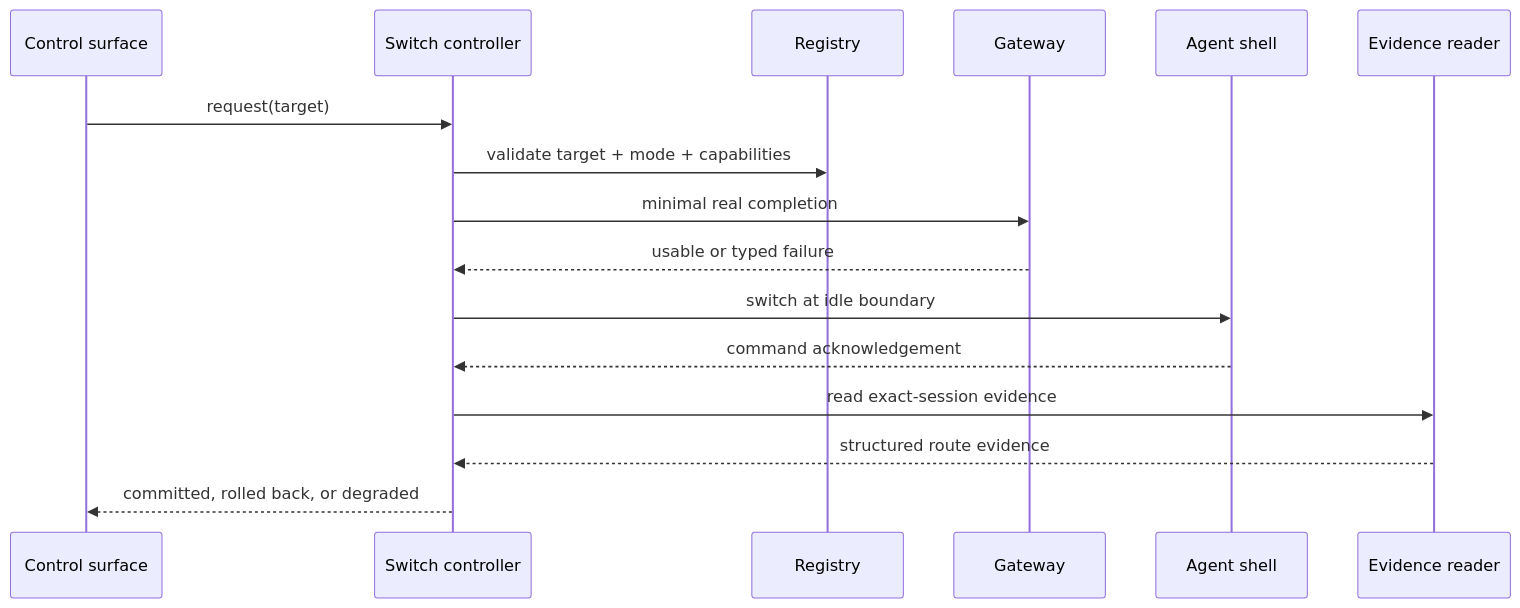
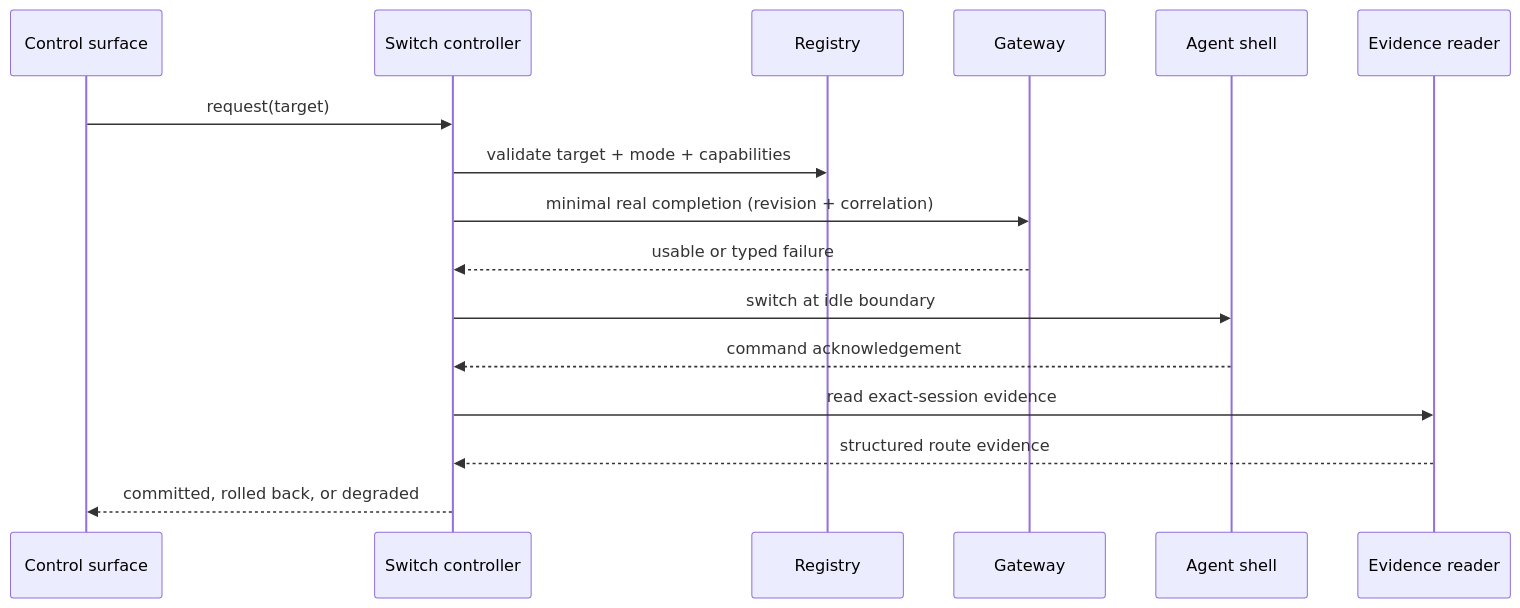
Before and after one commit to korexil/same-session-model-switching: the diagram in docs/architecture.md, drawn with Mermaid. The commit also changed other lines of this file and 16 other files, not shown here.

````diff
--- a/docs/architecture.md
+++ b/docs/architecture.md
@@ -27,19 +27,19 @@
 ```mermaid
 sequenceDiagram
     participant UI as Control surface
     participant SC as Switch controller
     participant RG as Registry
     participant GW as Gateway
     participant SH as Agent shell
     participant EV as Evidence reader
 
     UI->>SC: request(target)
     SC->>RG: validate target + mode + capabilities
-    SC->>GW: minimal real completion
+    SC->>GW: minimal real completion (revision + correlation)
     GW-->>SC: usable or typed failure
     SC->>SH: switch at idle boundary
     SH-->>SC: command acknowledgement
     SC->>EV: read exact-session evidence
     EV-->>SC: structured route evidence
     SC-->>UI: committed, rolled back, or degraded
 ```
````
